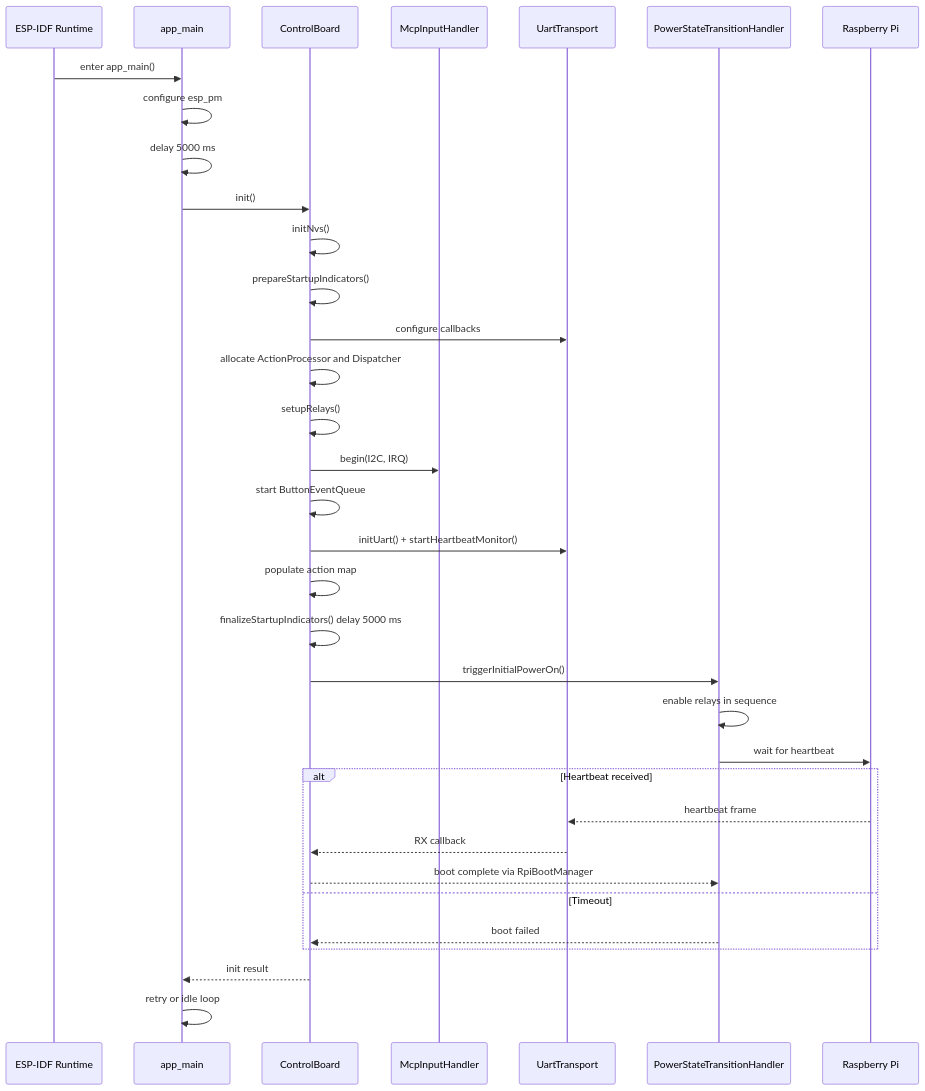
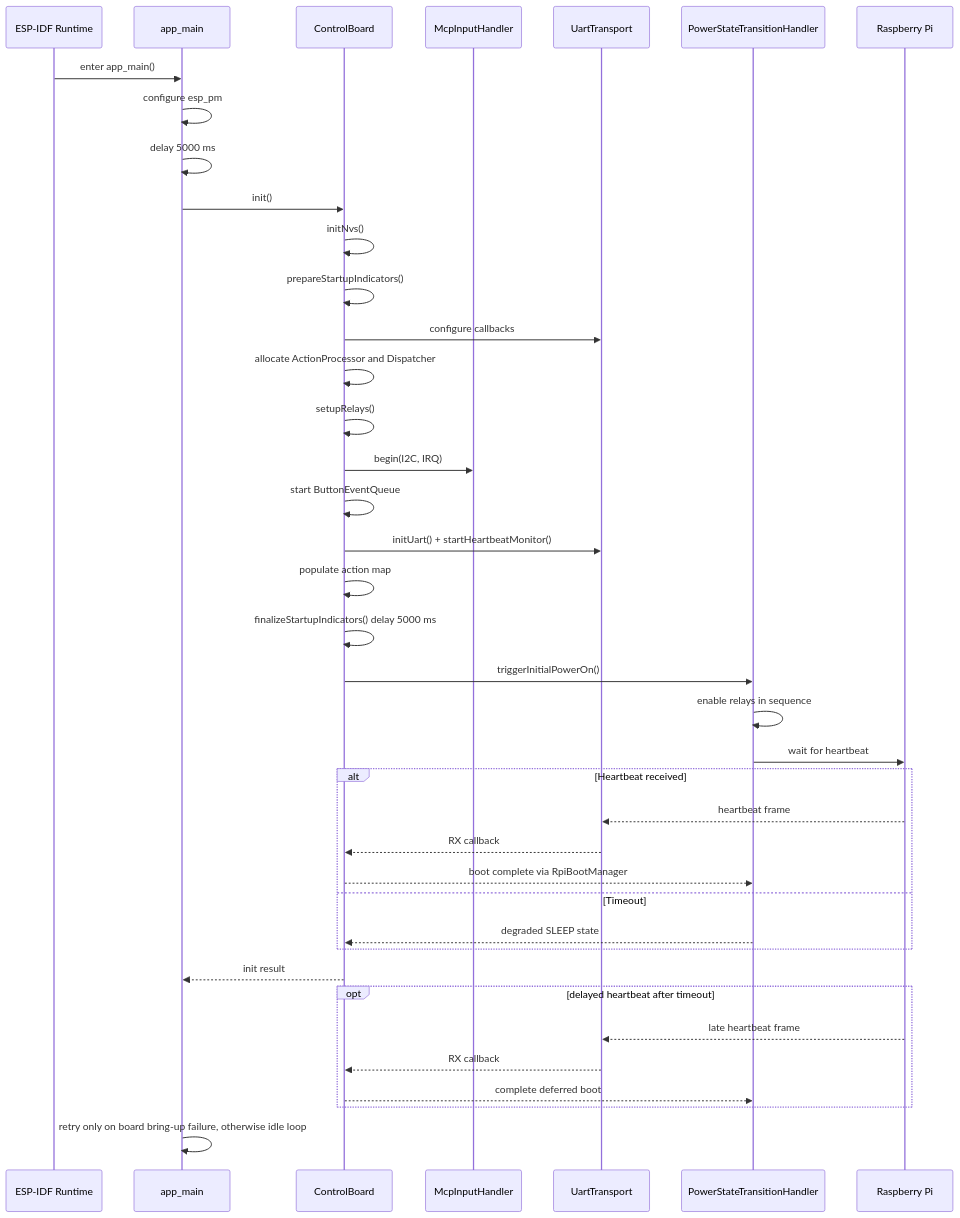
The third of 13 diagrams in docs/firmware-technical-design.md (AnthonyLRoy/TinyControlBoard), drawn with Mermaid before and after one commit. The commit also changed other lines of this file and 7 other files, not shown here.

Commit message:
feat: Implement delayed boot recovery mechanism and update power state handling

````diff
--- a/docs/firmware-technical-design.md
+++ b/docs/firmware-technical-design.md
@@ -300,37 +304,42 @@
 ```mermaid
 sequenceDiagram
     participant ROM as ESP-IDF Runtime
     participant Main as app_main
     participant Board as ControlBoard
     participant MCP as McpInputHandler
     participant UART as UartTransport
     participant Power as PowerStateTransitionHandler
     participant RPi as Raspberry Pi
 
     ROM->>Main: enter app_main()
     Main->>Main: configure esp_pm
     Main->>Main: delay 5000 ms
     Main->>Board: init()
     Board->>Board: initNvs()
     Board->>Board: prepareStartupIndicators()
     Board->>UART: configure callbacks
     Board->>Board: allocate ActionProcessor and Dispatcher
     Board->>Board: setupRelays()
     Board->>MCP: begin(I2C, IRQ)
     Board->>Board: start ButtonEventQueue
     Board->>UART: initUart() + startHeartbeatMonitor()
     Board->>Board: populate action map
     Board->>Board: finalizeStartupIndicators() delay 5000 ms
     Board->>Power: triggerInitialPowerOn()
     Power->>Power: enable relays in sequence
     Power->>RPi: wait for heartbeat
     alt Heartbeat received
         RPi-->>UART: heartbeat frame
         UART-->>Board: RX callback
         Board-->>Power: boot complete via RpiBootManager
     else Timeout
-        Power-->>Board: boot failed
+        Power-->>Board: degraded SLEEP state
     end
     Board-->>Main: init result
-    Main->>Main: retry or idle loop
+    opt delayed heartbeat after timeout
+        RPi-->>UART: late heartbeat frame
+        UART-->>Board: RX callback
+        Board-->>Power: complete deferred boot
+    end
+    Main->>Main: retry only on board bring-up failure, otherwise idle loop
 ```
````
